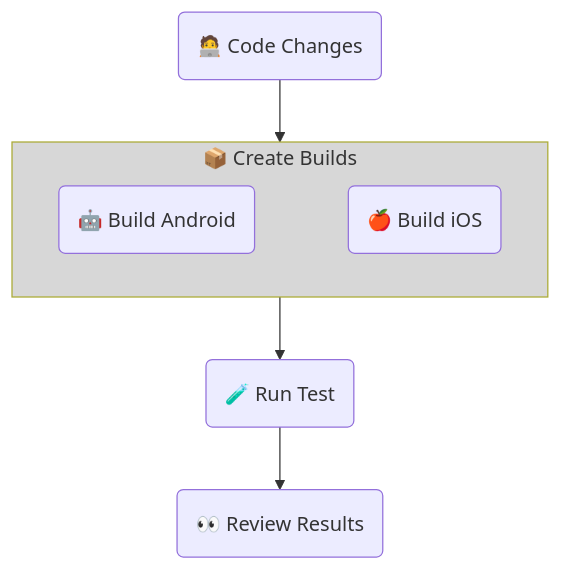
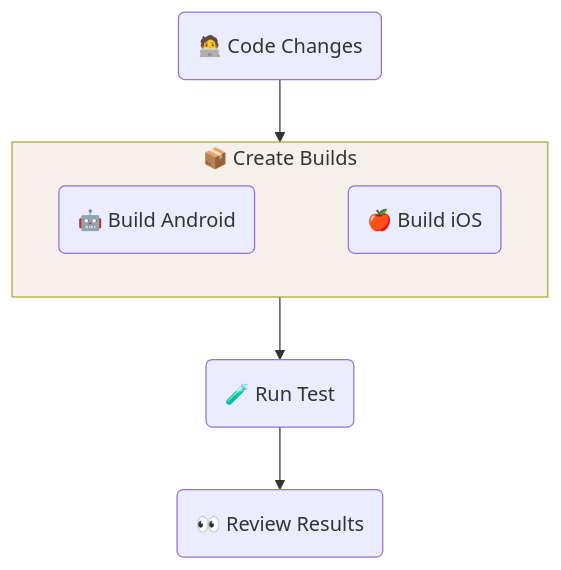
The diagram in examples/standard/README.md (sherlo-io/sherlo), drawn with Mermaid before and after one commit.

Commit message:
no message

````diff
--- a/examples/standard/README.md
+++ b/examples/standard/README.md
@@ -14,16 +14,16 @@
 ```mermaid
 flowchart TB
    UI(🧑‍💻 Code Changes)
    subgraph Build[📦 Create Builds]
       Android(🤖 Build Android)
       iOS(🍎 Build iOS)
       Android ~~~ iOS
-      style Build fill:#49494938
+      style Build fill:#b8885f21
    end
    Test(🧪 Run Test)
    Review(👀 Review Results)
 
    UI --> Build
    Build --> Test
    Test --> Review
 ```
````
